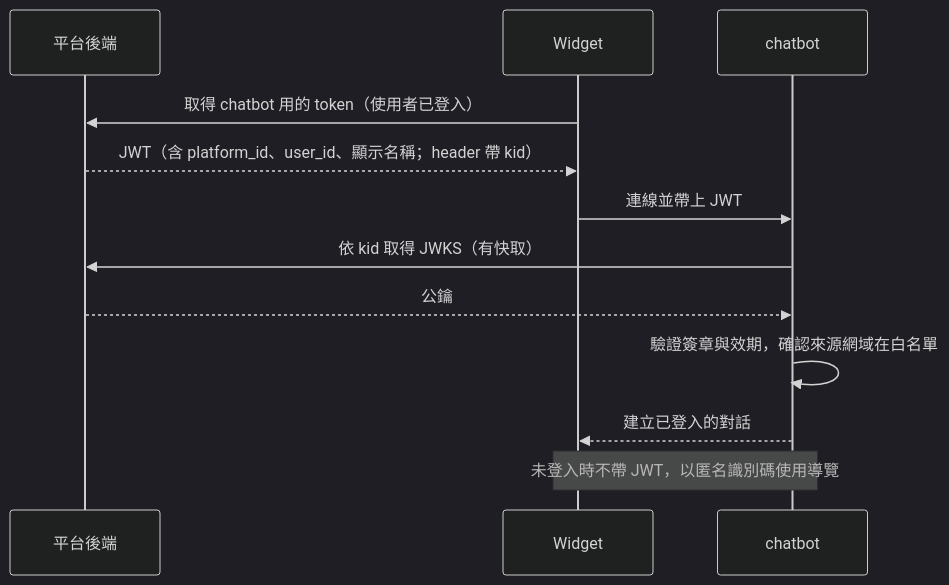
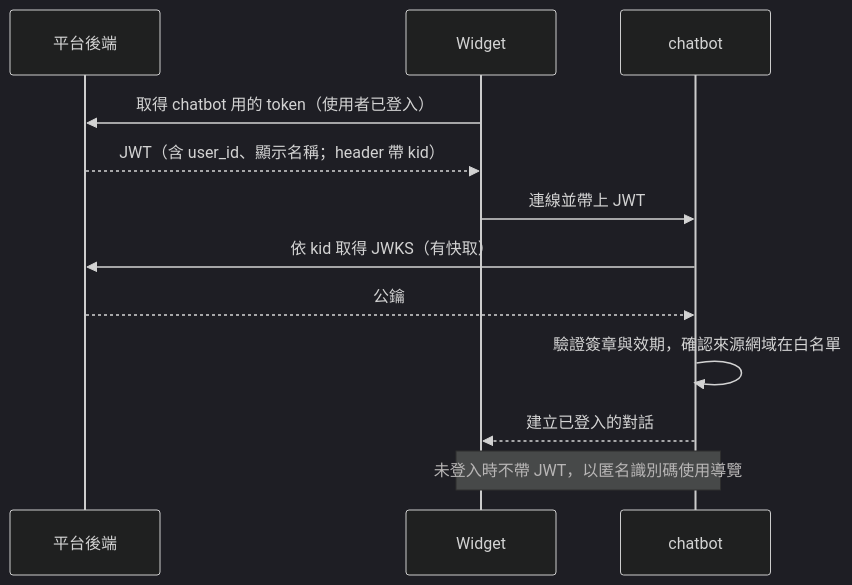
The fourth of 4 diagrams in mvp.md (z-jinhan/chatbot), drawn with Mermaid (dark theme) before and after one commit. The commit also changed other lines of this file, not shown here.

Commit message:
docs(mvp): 第一版改為單平台部署，平台以標準 JWT 接入、Widget 隨服務提供

````diff
--- a/mvp.md
+++ b/mvp.md
@@ -147,14 +151,14 @@
 ```mermaid
 sequenceDiagram
   participant PB as 平台後端
   participant W as Widget
   participant CB as chatbot
   W->>PB: 取得 chatbot 用的 token（使用者已登入）
-  PB-->>W: JWT（含 platform_id、user_id、顯示名稱；header 帶 kid）
+  PB-->>W: JWT（含 user_id、顯示名稱；header 帶 kid）
   W->>CB: 連線並帶上 JWT
   CB->>PB: 依 kid 取得 JWKS（有快取）
   PB-->>CB: 公鑰
   CB->>CB: 驗證簽章與效期，確認來源網域在白名單
   CB-->>W: 建立已登入的對話
   Note over W,CB: 未登入時不帶 JWT，以匿名識別碼使用導覽
 ```
````
